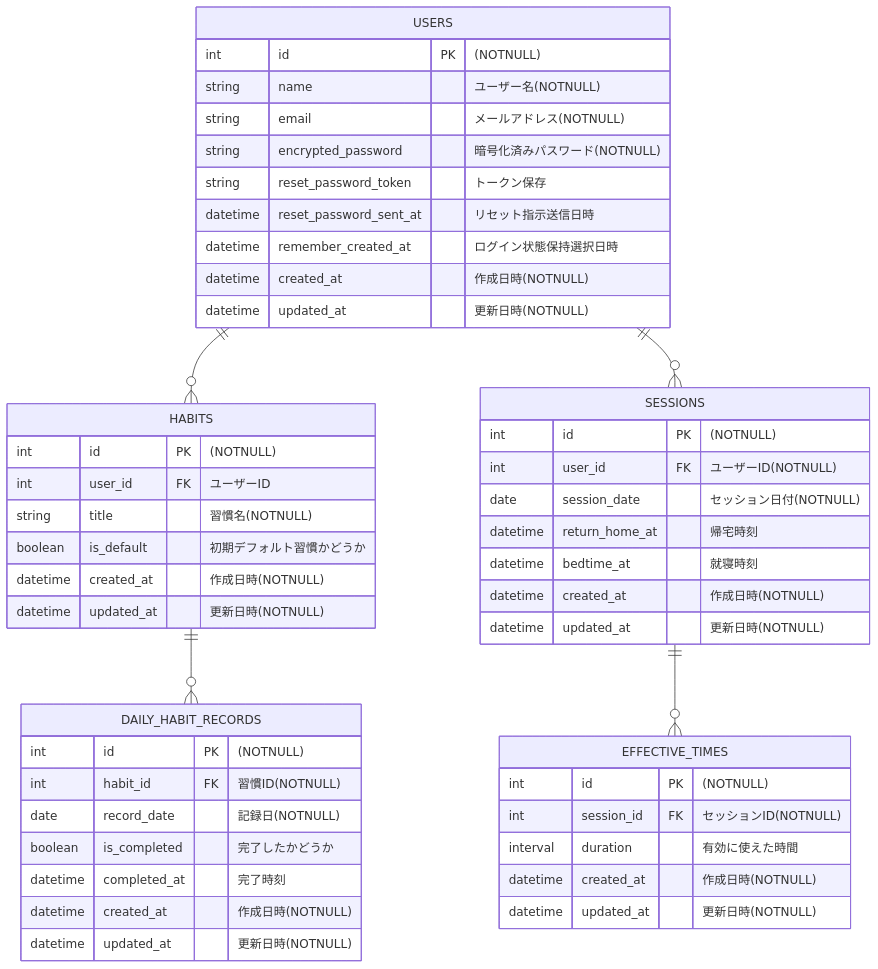
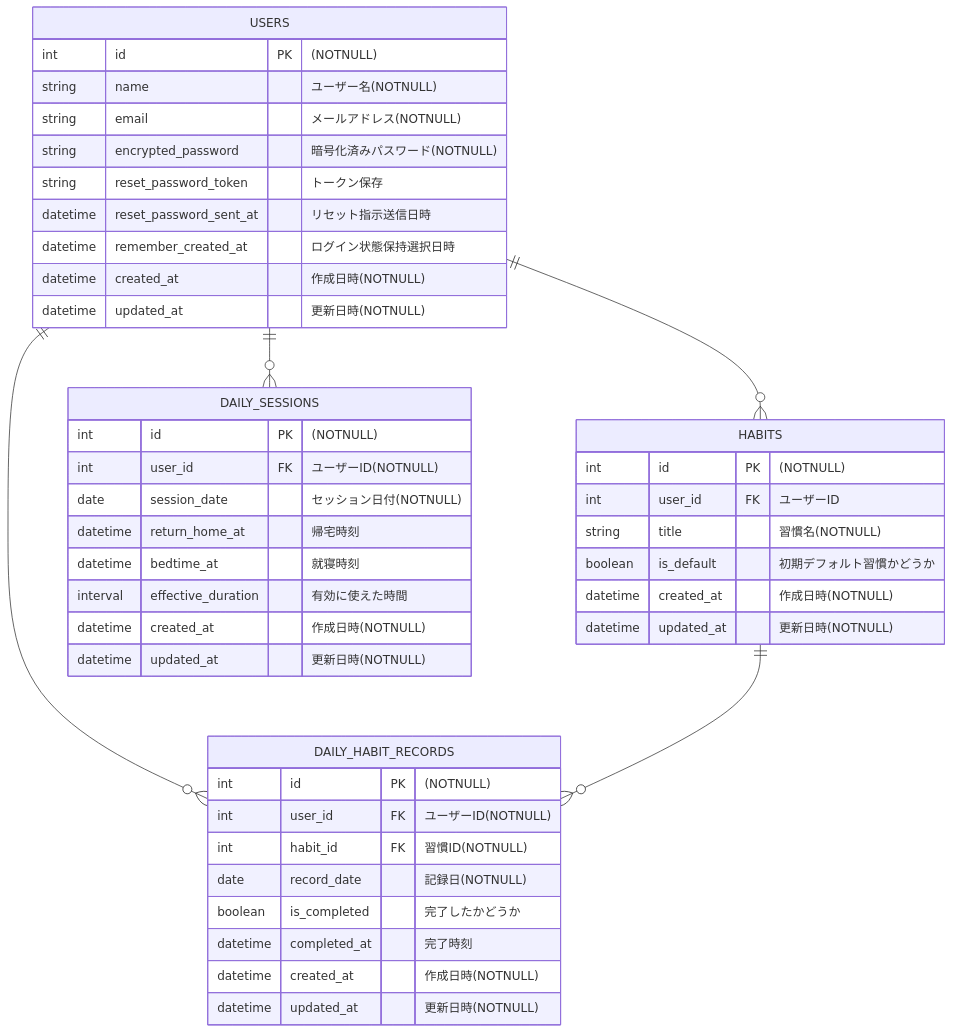
Before and after one commit to kazuhide0413/jikantsukurun: the diagram in README.md, drawn with Mermaid.

Commit message:
READMEのER図を修正

````diff
--- a/README.md
+++ b/README.md
@@ -114,52 +114,47 @@
 ```mermaid
 erDiagram
 	direction TB
 	USERS {
 		int id PK "(NOTNULL)"
 		string name "ユーザー名(NOTNULL)"
 		string email "メールアドレス(NOTNULL)"
 		string encrypted_password "暗号化済みパスワード(NOTNULL)"
 		string reset_password_token "トークン保存"
 		datetime reset_password_sent_at "リセット指示送信日時"
 		datetime remember_created_at "ログイン状態保持選択日時"
 		datetime created_at "作成日時(NOTNULL)"
 		datetime updated_at "更新日時(NOTNULL)"
 	}
 	HABITS {
 		int id PK "(NOTNULL)"
 		int user_id FK "ユーザーID"
 		string title "習慣名(NOTNULL)"
 		boolean is_default "初期デフォルト習慣かどうか"
 		datetime created_at "作成日時(NOTNULL)"
 		datetime updated_at "更新日時(NOTNULL)"
 	}
-	DAILY_HABIT_RECORDS {
+    DAILY_HABIT_RECORDS {
         int id PK "(NOTNULL)"
+        int user_id FK "ユーザーID(NOTNULL)"
         int habit_id FK "習慣ID(NOTNULL)"
-		date record_date "記録日(NOTNULL)"
-		boolean is_completed "完了したかどうか"
+        date record_date "記録日(NOTNULL)"
+        boolean is_completed "完了したかどうか"
         datetime completed_at "完了時刻"
         datetime created_at "作成日時(NOTNULL)"
         datetime updated_at "更新日時(NOTNULL)"
     }
-    SESSIONS {
+    DAILY_SESSIONS {
         int id PK "(NOTNULL)"
         int user_id FK "ユーザーID(NOTNULL)"
-		date session_date "セッション日付(NOTNULL)"
+        date session_date "セッション日付(NOTNULL)"
         datetime return_home_at "帰宅時刻"
         datetime bedtime_at "就寝時刻"
-        datetime created_at "作成日時(NOTNULL)"
-        datetime updated_at "更新日時(NOTNULL)"
-    }
-    EFFECTIVE_TIMES {
-        int id PK "(NOTNULL)"
-        int session_id FK "セッションID(NOTNULL)"
-        interval duration "有効に使えた時間"
+        interval effective_duration "有効に使えた時間"
         datetime created_at "作成日時(NOTNULL)"
         datetime updated_at "更新日時(NOTNULL)"
     }
     USERS ||--o{ HABITS : ""
-    USERS ||--o{ SESSIONS : ""
+    USERS ||--o{ DAILY_HABIT_RECORDS : ""
+    USERS ||--o{ DAILY_SESSIONS : ""
     HABITS ||--o{ DAILY_HABIT_RECORDS : ""
-    SESSIONS ||--o{ EFFECTIVE_TIMES : ""
 ```
````
